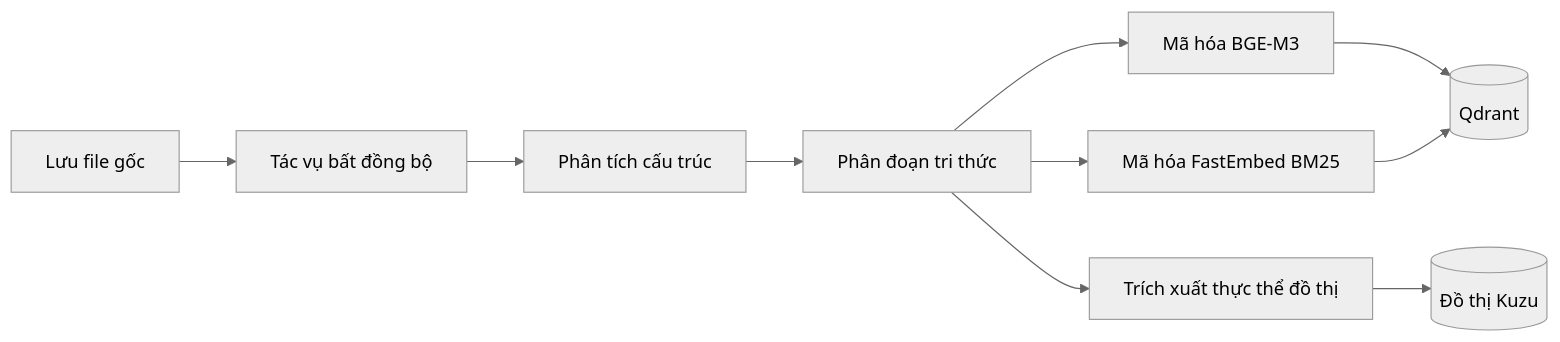
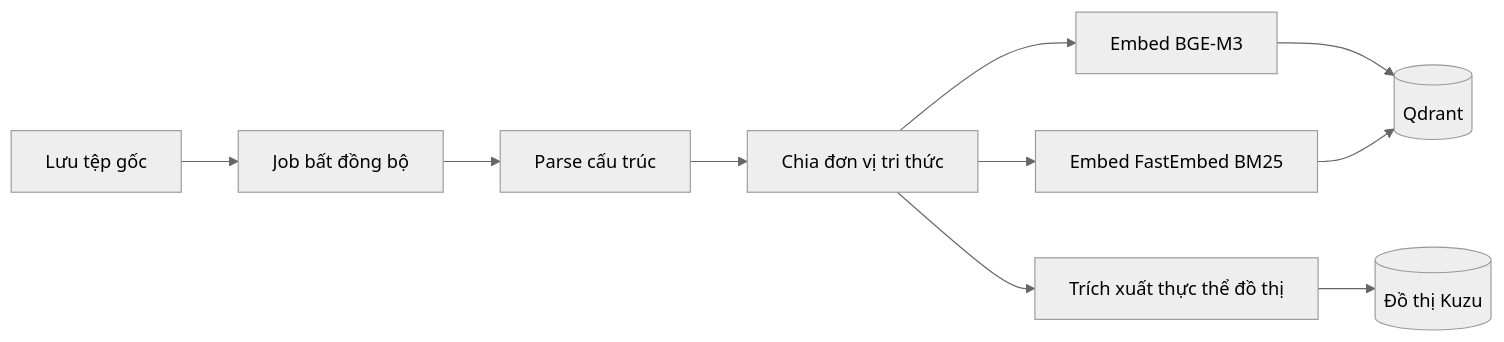
Before and after one commit to OpenVie/OpenVie: the first of 4 diagrams in docs/RETRIEVAL.md, drawn with Mermaid (neutral theme). The commit also changed other lines of this file and 16 other files, not shown here.

````diff
--- a/docs/RETRIEVAL.md
+++ b/docs/RETRIEVAL.md
@@ -34,12 +34,12 @@
 ```mermaid
 flowchart LR
-    Upload[Lưu file gốc] --> Job[Tác vụ bất đồng bộ]
-    Job --> Parse[Phân tích cấu trúc]
-    Parse --> Chunk[Phân đoạn tri thức]
-    Chunk --> Dense[Mã hóa BGE-M3]
-    Chunk --> Sparse[Mã hóa FastEmbed BM25]
+    Upload[Lưu tệp gốc] --> Job[Job bất đồng bộ]
+    Job --> Parse[Parse cấu trúc]
+    Parse --> Chunk[Chia đơn vị tri thức]
+    Chunk --> Dense[Embed BGE-M3]
+    Chunk --> Sparse[Embed FastEmbed BM25]
     Chunk --> Extract[Trích xuất thực thể đồ thị]
     Dense --> Qdrant[(Qdrant)]
     Sparse --> Qdrant
     Extract --> Kuzu[(Đồ thị Kuzu)]
 ```
````
